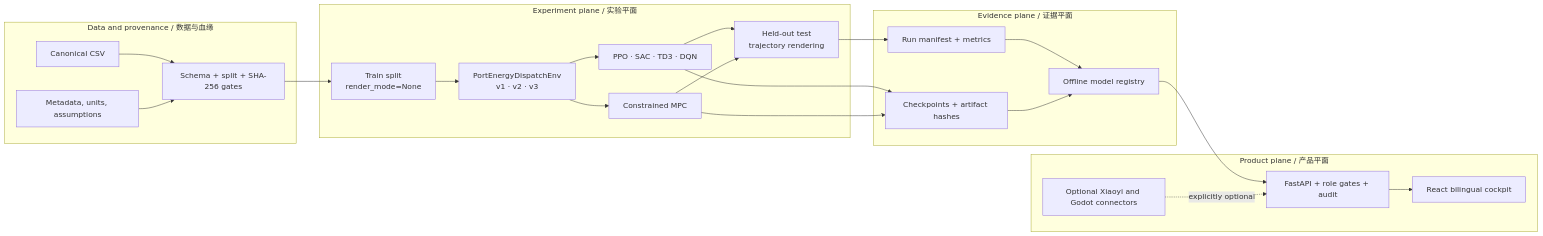
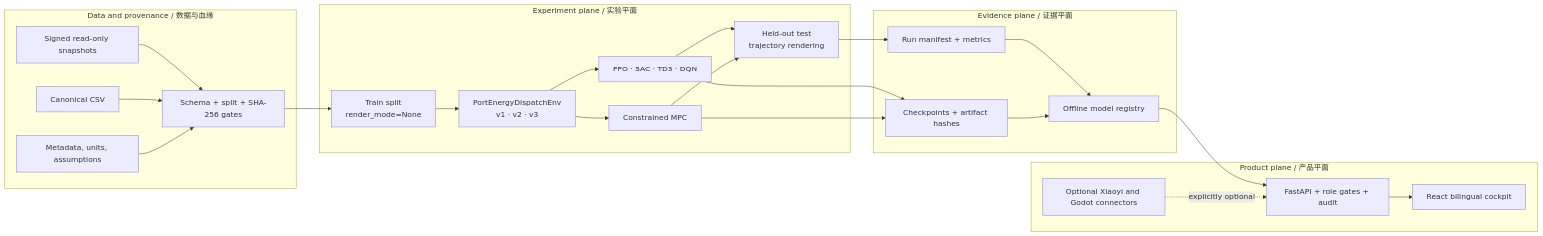
The diagram in README.md (wenjiayi123/port-energy-carbon-cockpit), drawn with Mermaid before and after one commit. The commit also changed other lines of this file and 51 other files, not shown here.

````diff
--- a/README.md
+++ b/README.md
@@ -103,38 +105,40 @@
 ```mermaid
 flowchart LR
   subgraph Data["Data and provenance / 数据与血缘"]
+    LIVE["Signed read-only snapshots"]
     CSV["Canonical CSV"]
     META["Metadata, units, assumptions"]
     HASH["Schema + split + SHA-256 gates"]
+    LIVE --> HASH
     CSV --> HASH
     META --> HASH
   end
 
   subgraph Experiment["Experiment plane / 实验平面"]
     TRAIN["Train split\nrender_mode=None"]
     ENV["PortEnergyDispatchEnv\nv1 · v2 · v3"]
     RL["PPO · SAC · TD3 · DQN"]
     MPC["Constrained MPC"]
     TEST["Held-out test\ntrajectory rendering"]
     HASH --> TRAIN --> ENV
     ENV --> RL --> TEST
     ENV --> MPC --> TEST
   end
 
   subgraph Evidence["Evidence plane / 证据平面"]
     RUN["Run manifest + metrics"]
     ART["Checkpoints + artifact hashes"]
     REG["Offline model registry"]
     TEST --> RUN --> REG
     RL --> ART --> REG
     MPC --> ART
   end
 
   subgraph Product["Product plane / 产品平面"]
     API["FastAPI + role gates + audit"]
     UI["React bilingual cockpit"]
     OPT["Optional Xiaoyi and Godot connectors"]
     REG --> API --> UI
     OPT -. "explicitly optional" .-> API
   end
 ```
````
